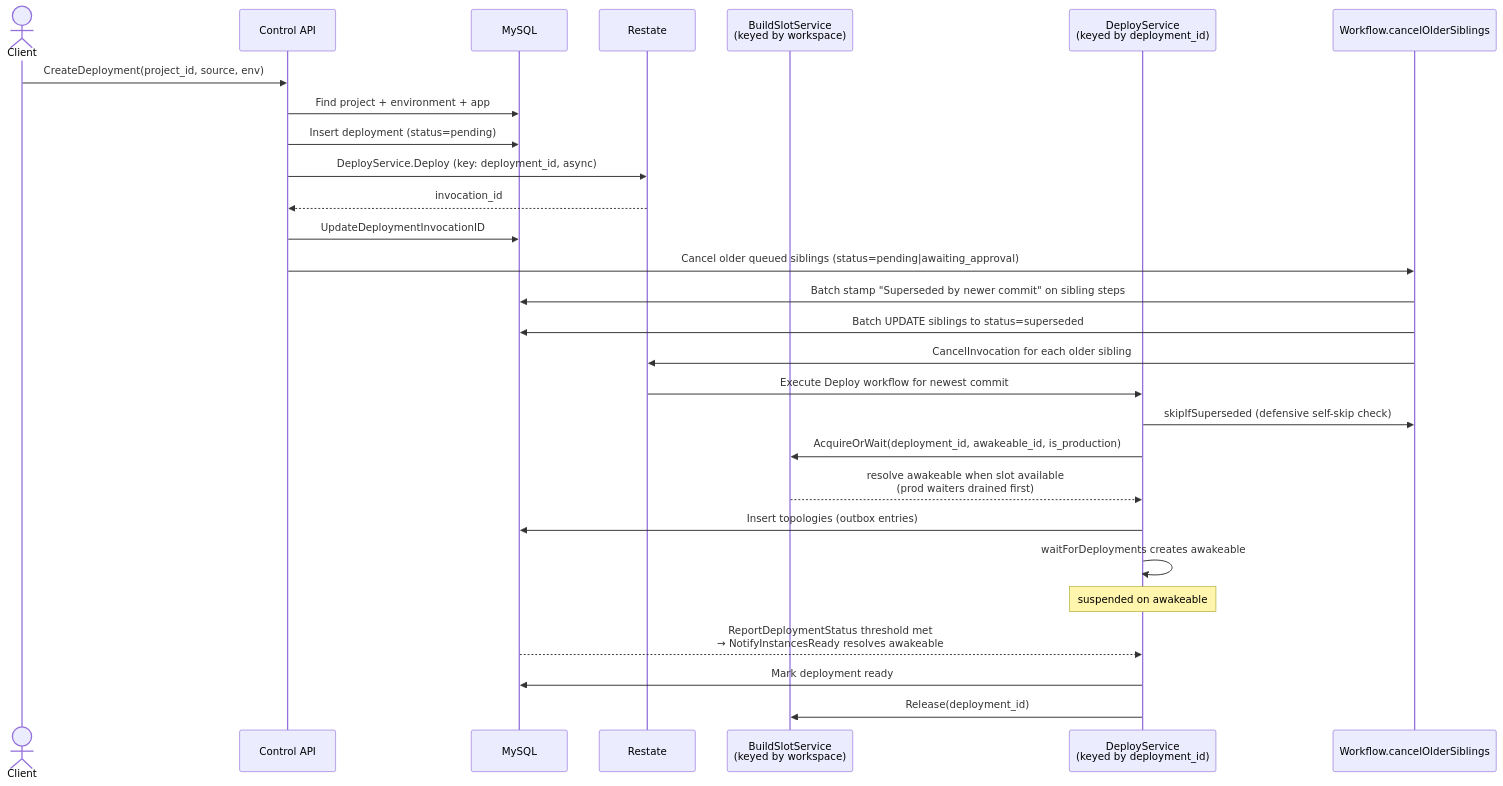
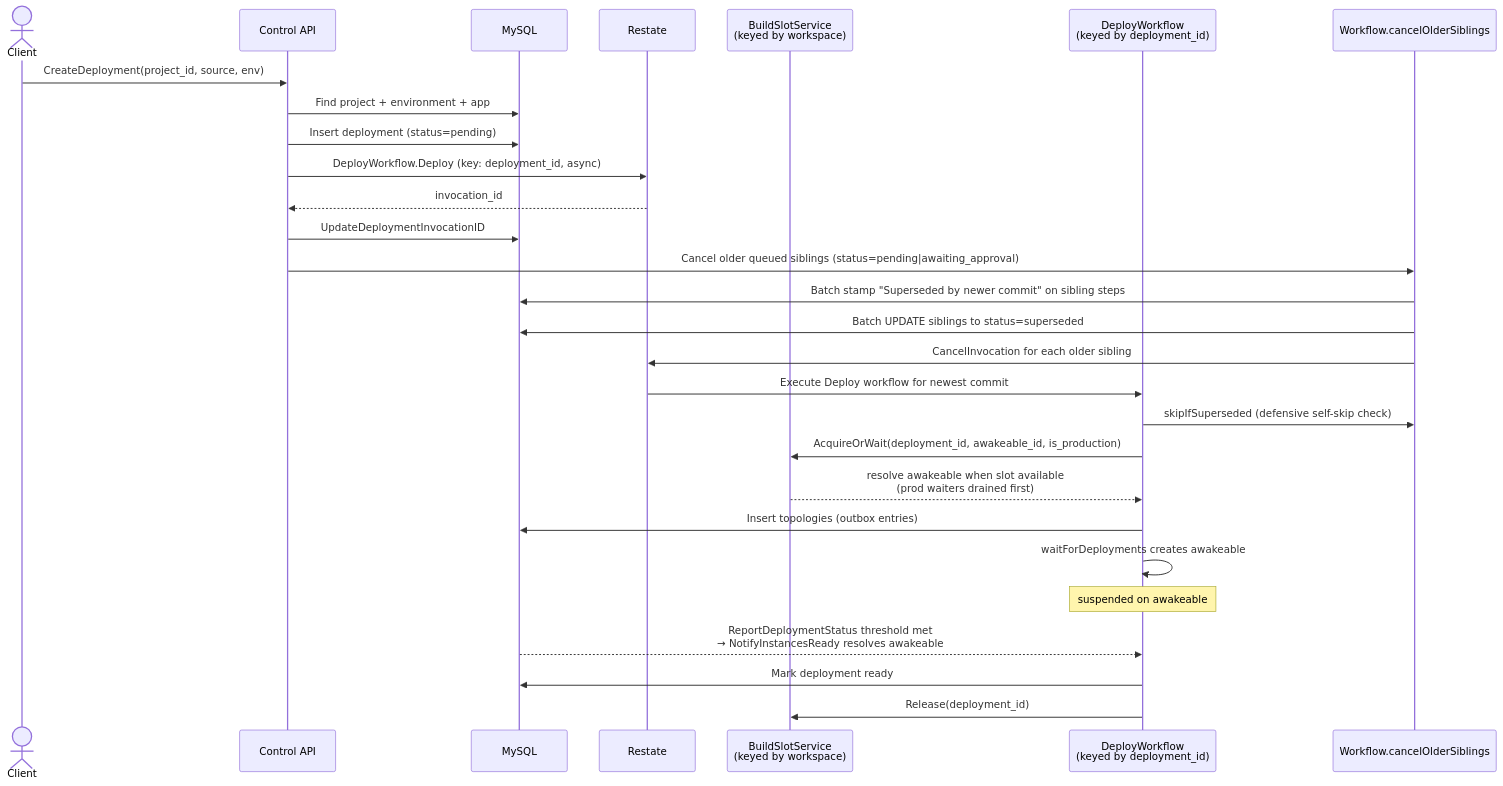
One commit to unkeyed/unkey changed the first of 4 diagrams in docs/engineering/architecture/services/control-plane/worker/workflows/deployments.mdx. Above: the diagram before and after it, drawn with Mermaid. The commit also changed other lines of this file and 14 other files, not shown here.

Commit message:
refactor: deployVO to deployWorkflow

````diff
--- a/docs/engineering/architecture/services/control-plane/worker/workflows/deployments.mdx
+++ b/docs/engineering/architecture/services/control-plane/worker/workflows/deployments.mdx
@@ -30,31 +30,31 @@
 ```mermaid
 sequenceDiagram
   actor Client
   participant CtrlAPI as Control API
   participant DB as MySQL
   participant Restate as Restate
   participant BuildSlot as BuildSlotService<br/>(keyed by workspace)
-  participant Worker as DeployService<br/>(keyed by deployment_id)
+  participant Worker as DeployWorkflow<br/>(keyed by deployment_id)
   participant Dedup as Workflow.cancelOlderSiblings
 
   Client->>CtrlAPI: CreateDeployment(project_id, source, env)
   CtrlAPI->>DB: Find project + environment + app
   CtrlAPI->>DB: Insert deployment (status=pending)
-  CtrlAPI->>Restate: DeployService.Deploy (key: deployment_id, async)
+  CtrlAPI->>Restate: DeployWorkflow.Deploy (key: deployment_id, async)
   Restate-->>CtrlAPI: invocation_id
   CtrlAPI->>DB: UpdateDeploymentInvocationID
   CtrlAPI->>Dedup: Cancel older queued siblings (status=pending|awaiting_approval)
   Dedup->>DB: Batch stamp "Superseded by newer commit" on sibling steps
   Dedup->>DB: Batch UPDATE siblings to status=superseded
   Dedup->>Restate: CancelInvocation for each older sibling
   Restate->>Worker: Execute Deploy workflow for newest commit
   Worker->>Dedup: skipIfSuperseded (defensive self-skip check)
   Worker->>BuildSlot: AcquireOrWait(deployment_id, awakeable_id, is_production)
   BuildSlot-->>Worker: resolve awakeable when slot available<br/>(prod waiters drained first)
   Worker->>DB: Insert topologies (outbox entries)
   Worker->>Worker: waitForDeployments creates awakeable
   Note over Worker: suspended on awakeable
   DB-->>Worker: ReportDeploymentStatus threshold met<br/>→ NotifyInstancesReady resolves awakeable
   Worker->>DB: Mark deployment ready
   Worker->>BuildSlot: Release(deployment_id)
 ```
````
